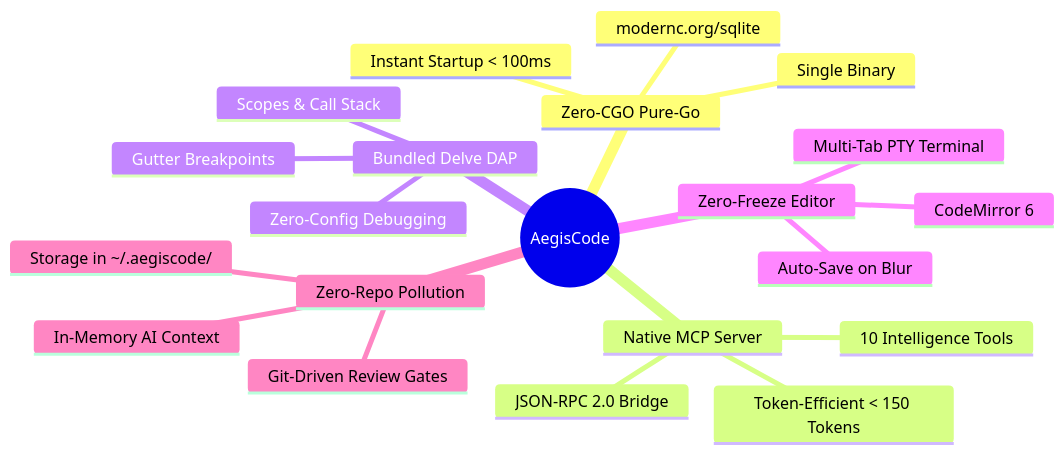
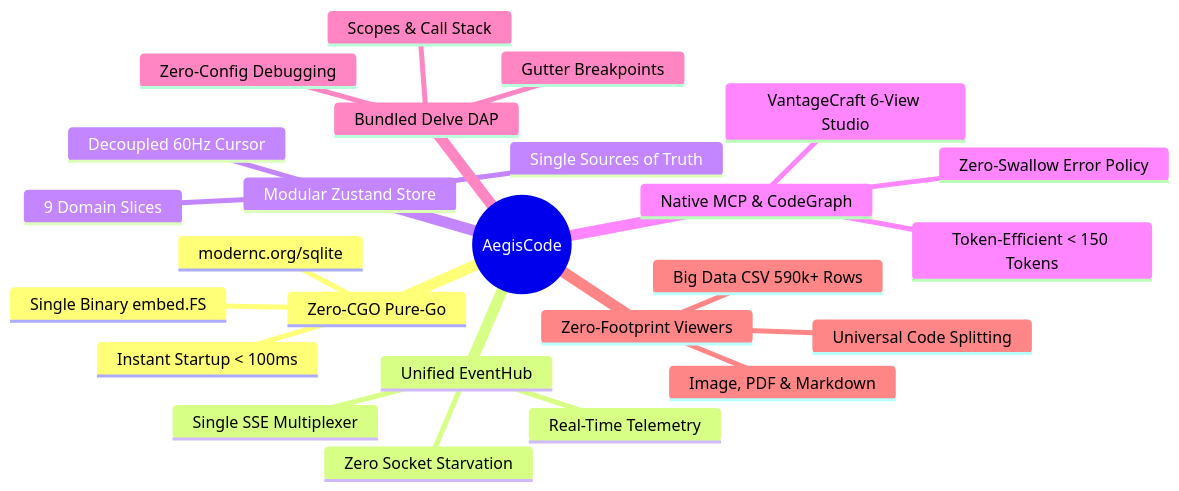
Before and after one commit to aditlab-code/AegisCode: the first of 2 diagrams in README.md, drawn with Mermaid. The commit also changed other lines of this file and 37 other files, not shown here.

````diff
--- a/README.md
+++ b/README.md
@@ -39,24 +41,28 @@
 ```mermaid
 mindmap
   root((AegisCode))
     Zero-CGO Pure-Go
-      Single Binary
+      Single Binary embed.FS
       modernc.org/sqlite
       Instant Startup &lt; 100ms
-    Native MCP Server
-      JSON-RPC 2.0 Bridge
-      10 Intelligence Tools
+    Unified EventHub
+      Single SSE Multiplexer
+      Zero Socket Starvation
+      Real-Time Telemetry
+    Modular Zustand Store
+      9 Domain Slices
+      Decoupled 60Hz Cursor
+      Single Sources of Truth
+    Native MCP & CodeGraph
+      VantageCraft 6-View Studio
+      Zero-Swallow Error Policy
       Token-Efficient &lt; 150 Tokens
     Bundled Delve DAP
       Zero-Config Debugging
       Gutter Breakpoints
       Scopes & Call Stack
-    Zero-Freeze Editor
-      CodeMirror 6
-      Auto-Save on Blur
-      Multi-Tab PTY Terminal
-    Zero-Repo Pollution
-      Storage in ~/.aegiscode/
-      In-Memory AI Context
-      Git-Driven Review Gates
+    Zero-Footprint Viewers
+      Universal Code Splitting
+      Big Data CSV 590k+ Rows
+      Image, PDF & Markdown
 ```
````
